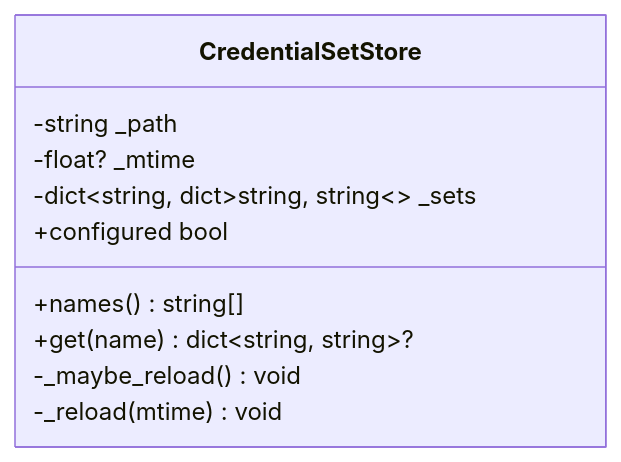
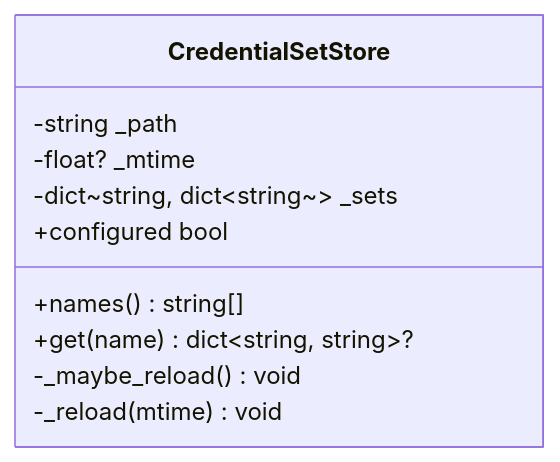
Before and after one commit to alainlei/luban-aiops: the fifth of 10 diagrams in .qoder/repowiki/en/content/Operator Portal/Workspace Management/Machine Consumer Credential Model Spike.md, drawn with Mermaid. The commit also changed other lines of this file and 149 other files, not shown here.

````diff
--- a/.qoder/repowiki/en/content/Operator Portal/Workspace Management/Machine Consumer Credential Model Spike.md
+++ b/.qoder/repowiki/en/content/Operator Portal/Workspace Management/Machine Consumer Credential Model Spike.md
@@ -152,13 +163,13 @@
 ```mermaid
 classDiagram
 class CredentialSetStore {
 -string _path
 -float? _mtime
--dict~string, dict~string, string~~ _sets
+-dict~string, dict~string~~ _sets
 +configured bool
 +names() string[]
 +get(name) dict~string, string~?
 -_maybe_reload() void
 -_reload(mtime) void
 }
 ```
````
